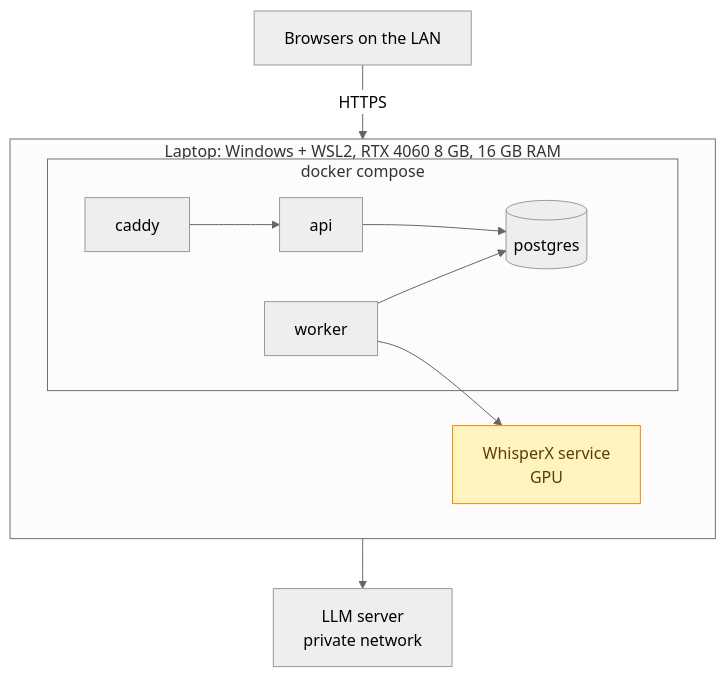
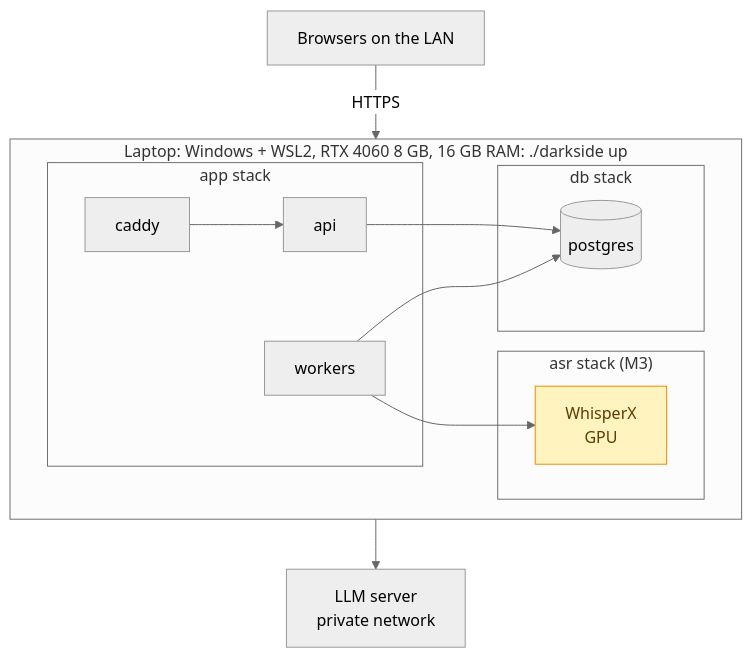
One commit to enginoner-alt/somethingsomethingsomethingdarkside changed the second of 7 diagrams in docs/DIAGRAMS.md. Above: the diagram before and after it, drawn with Mermaid (neutral theme). The commit also changed other lines of this file and 15 other files, not shown here.

````diff
--- a/docs/DIAGRAMS.md
+++ b/docs/DIAGRAMS.md
@@ -85,19 +83,25 @@
 ```mermaid
 flowchart TB
-    subgraph laptop["Laptop: Windows + WSL2, RTX 4060 8 GB, 16 GB RAM"]
+    users["Browsers on the LAN"] -- "HTTPS" --> caddy
+    subgraph laptop["Laptop: Windows + WSL2, RTX 4060 8 GB, 16 GB RAM: ./darkside up"]
         direction LR
-        subgraph compose["docker compose"]
+        subgraph app["app stack"]
             caddy --> api
-            api --> pg[("postgres")]
-            worker --> pg
+            worker["workers"]
         end
-        asr["WhisperX service<br/>GPU"]
-        worker --> asr
+        subgraph db["db stack"]
+            pg[("postgres")]
+        end
+        subgraph asr["asr stack (M3)"]
+            whisperx["WhisperX<br/>GPU"]
+        end
+        api --> pg
+        worker --> pg
+        worker --> whisperx
     end
     llm["LLM server<br/>private network"]
     worker --> llm
-    users["Browsers on the LAN"] -- "HTTPS" --> caddy
 
     classDef gpu fill:#fff3bf,stroke:#f08c00,color:#5c3c00
-    class asr gpu
+    class whisperx gpu
 ```
````
